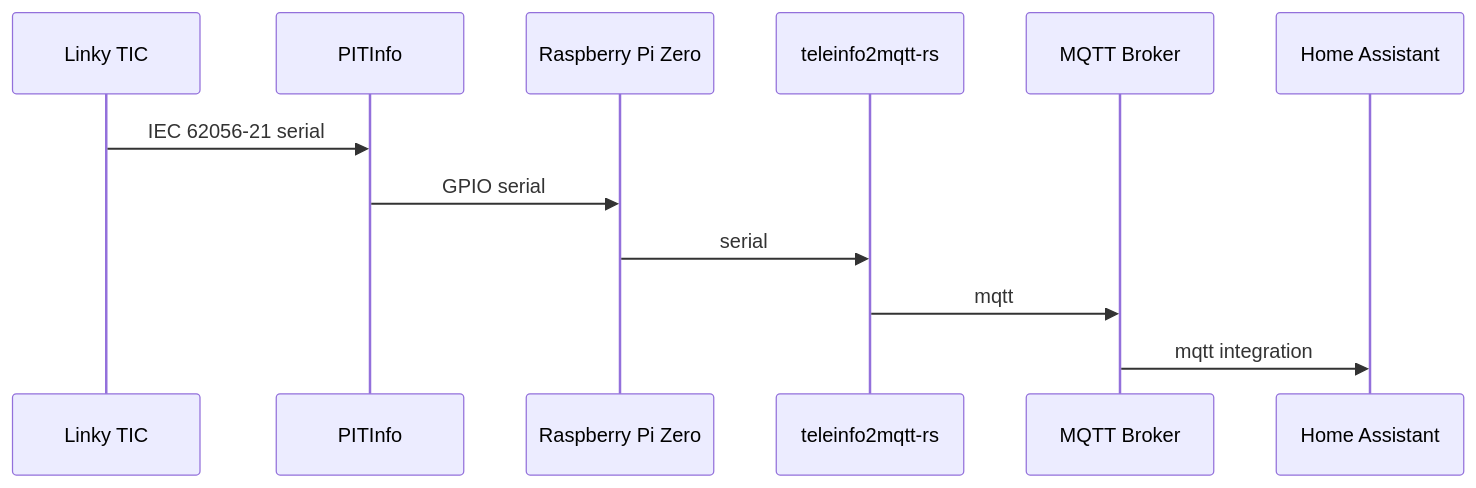
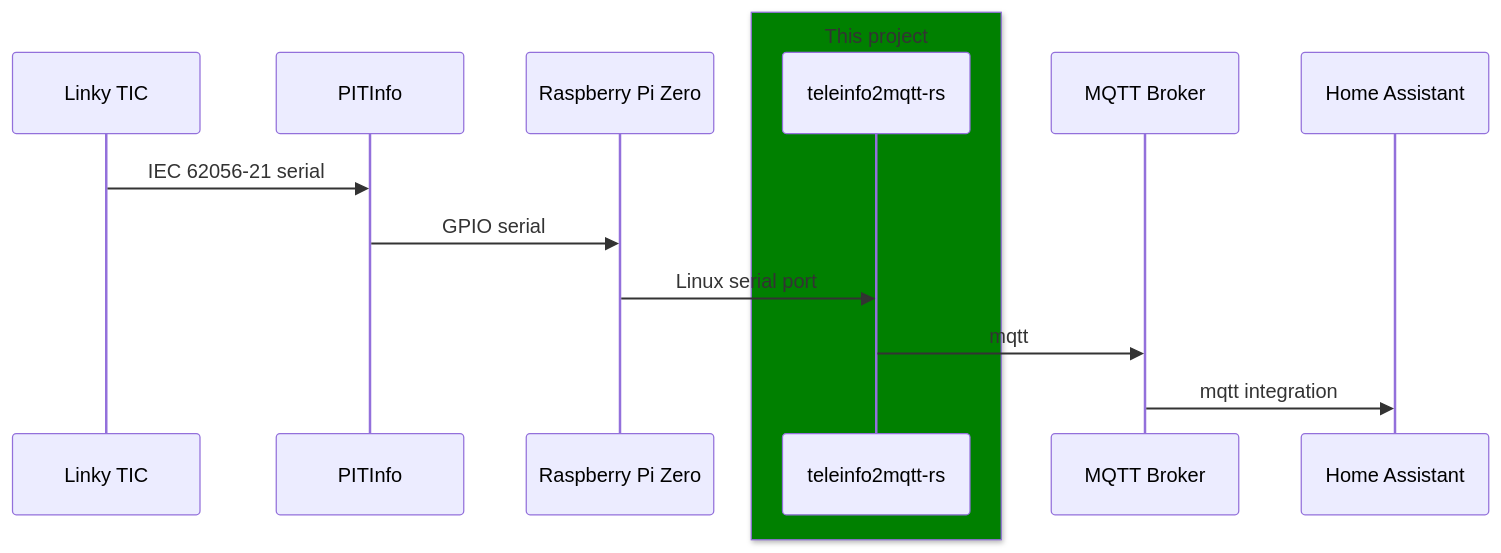
One commit to angristan/teleinfo2mqtt-rs changed the diagram in README.md. Above: the diagram before and after it, drawn with Mermaid. The commit also changed other lines of this file and 6 other files, not shown here.

````diff
--- a/README.md
+++ b/README.md
@@ -1,14 +7,16 @@
 ```mermaid
 sequenceDiagram
     participant tic as Linky TIC
     participant pitinfo as PITInfo
     participant rpiz as Raspberry Pi Zero
+    box green This project
     participant t2m as teleinfo2mqtt-rs
+    end
     participant mqtt as MQTT Broker
     participant ha as Home Assistant
     tic->>pitinfo: IEC 62056-21 serial
     pitinfo->>rpiz: GPIO serial
-    rpiz->>t2m: serial
+    rpiz->>t2m: Linux serial port
     t2m->>mqtt: mqtt
     mqtt->>ha: mqtt integration
 ```
````
